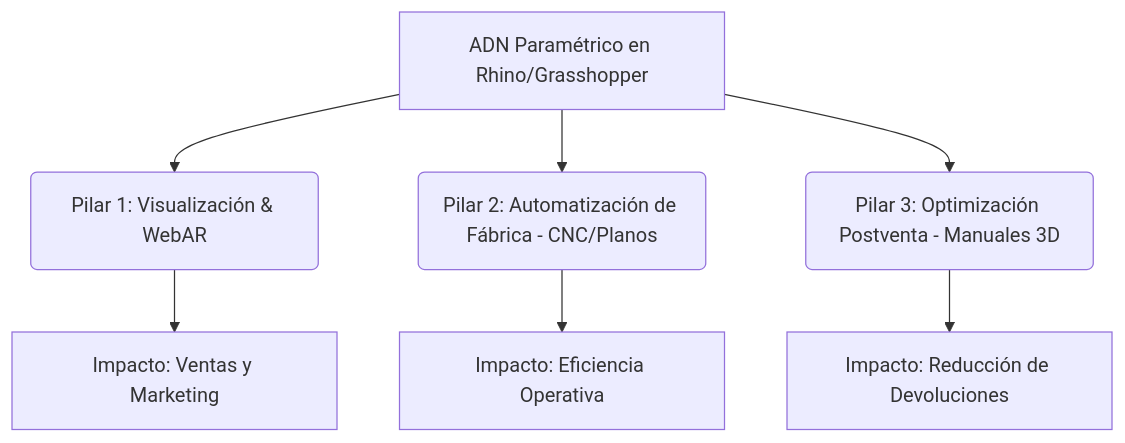
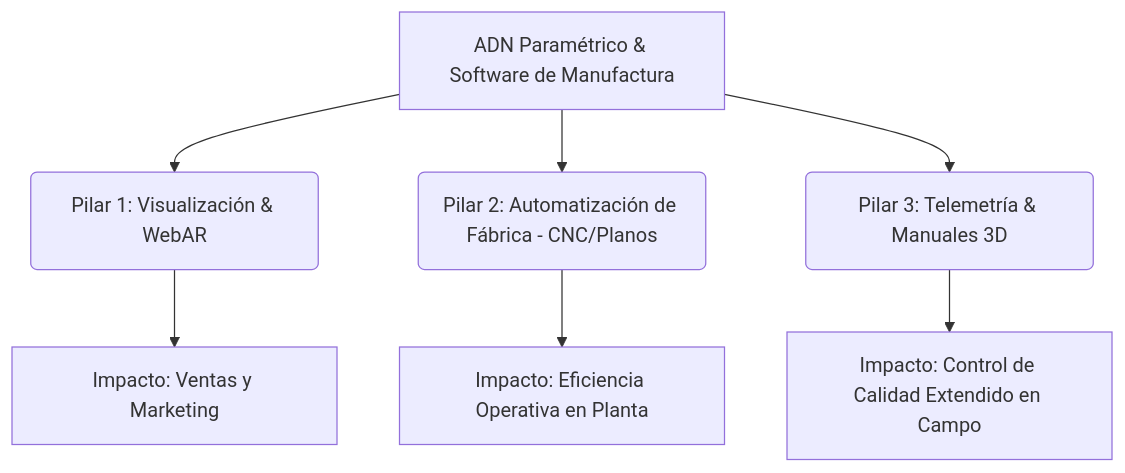
The diagram in docs/MANIFIESTO_NEGOCIO.md (mariomojicastyle/mmapp), drawn with Mermaid before and after one commit. The commit also changed other lines of this file and 8 other files, not shown here.

````diff
--- a/docs/MANIFIESTO_NEGOCIO.md
+++ b/docs/MANIFIESTO_NEGOCIO.md
@@ -41,9 +54,9 @@
 ```mermaid
 graph TD
-    A[ADN Paramétrico en Rhino/Grasshopper] --> B(Pilar 1: Visualización & WebAR)
+    A[ADN Paramétrico & Software de Manufactura] --> B(Pilar 1: Visualización & WebAR)
     A --> C(Pilar 2: Automatización de Fábrica - CNC/Planos)
-    A --> D(Pilar 3: Optimización Postventa - Manuales 3D)
+    A --> D(Pilar 3: Telemetría & Manuales 3D)
     B --> E[Impacto: Ventas y Marketing]
-    C --> F[Impacto: Eficiencia Operativa]
-    D --> G[Impacto: Reducción de Devoluciones]
+    C --> F[Impacto: Eficiencia Operativa en Planta]
+    D --> G[Impacto: Control de Calidad Extendido en Campo]
 ```
````
